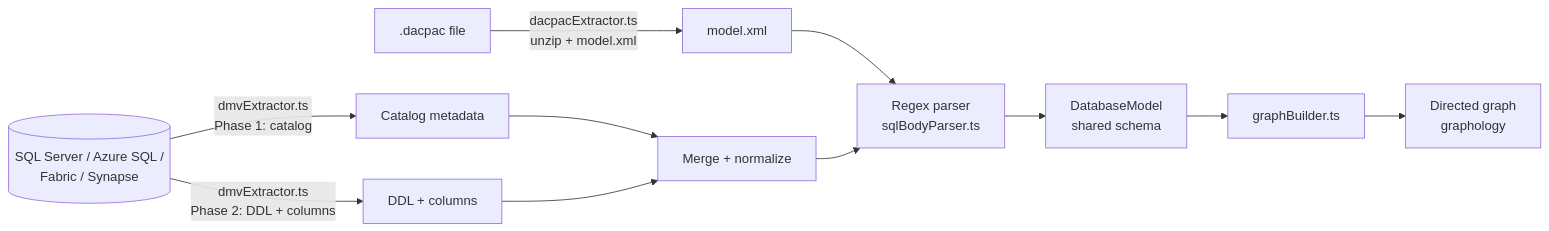
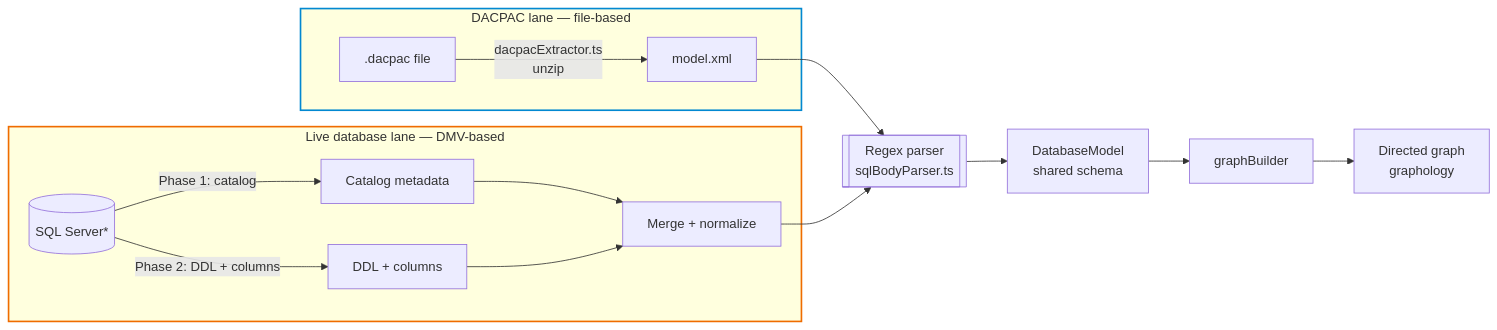
The first of 3 diagrams in docs/DEVELOPER_GUIDE.md (ChrisDevRepo/vscode_data_lineage), drawn with Mermaid before and after one commit. The commit also changed other lines of this file and 9 other files, not shown here.

First line of the commit message:
docs+chore: update prompt-architecture references for sections schema

````diff
--- a/docs/DEVELOPER_GUIDE.md
+++ b/docs/DEVELOPER_GUIDE.md
@@ -39,13 +41,19 @@
 ```mermaid
 flowchart LR
-    DP[.dacpac file] -->|dacpacExtractor.ts<br/>unzip + model.xml| MX[model.xml]
-    MX --> PARSE[Regex parser<br/>sqlBodyParser.ts]
-    SRV[(SQL Server / Azure SQL /<br/>Fabric / Synapse)] -->|dmvExtractor.ts<br/>Phase 1: catalog| CAT[Catalog metadata]
-    SRV -->|dmvExtractor.ts<br/>Phase 2: DDL + columns| DDL[DDL + columns]
-    CAT --> MERGE[Merge + normalize]
-    DDL --> MERGE
+    subgraph DACPAC[DACPAC lane — file-based]
+        DP[.dacpac file] -->|dacpacExtractor.ts<br/>unzip| MX[model.xml]
+    end
+    subgraph LIVE[Live database lane — DMV-based]
+        SRV[(SQL Server*)] -->|Phase 1: catalog| CAT[Catalog metadata]
+        SRV -->|Phase 2: DDL + columns| DDL[DDL + columns]
+        CAT --> MERGE[Merge + normalize]
+        DDL --> MERGE
+    end
+    MX --> PARSE[[Regex parser<br/>sqlBodyParser.ts]]
     MERGE --> PARSE
     PARSE --> DM[DatabaseModel<br/>shared schema]
-    DM --> GB[graphBuilder.ts]
-    GB --> G[Directed graph<br/>graphology]
+    DM --> GB[graphBuilder] --> G[Directed graph<br/>graphology]
+
+    style DACPAC stroke:#0288d1,stroke-width:2px
+    style LIVE stroke:#ef6c00,stroke-width:2px
 ```
````
